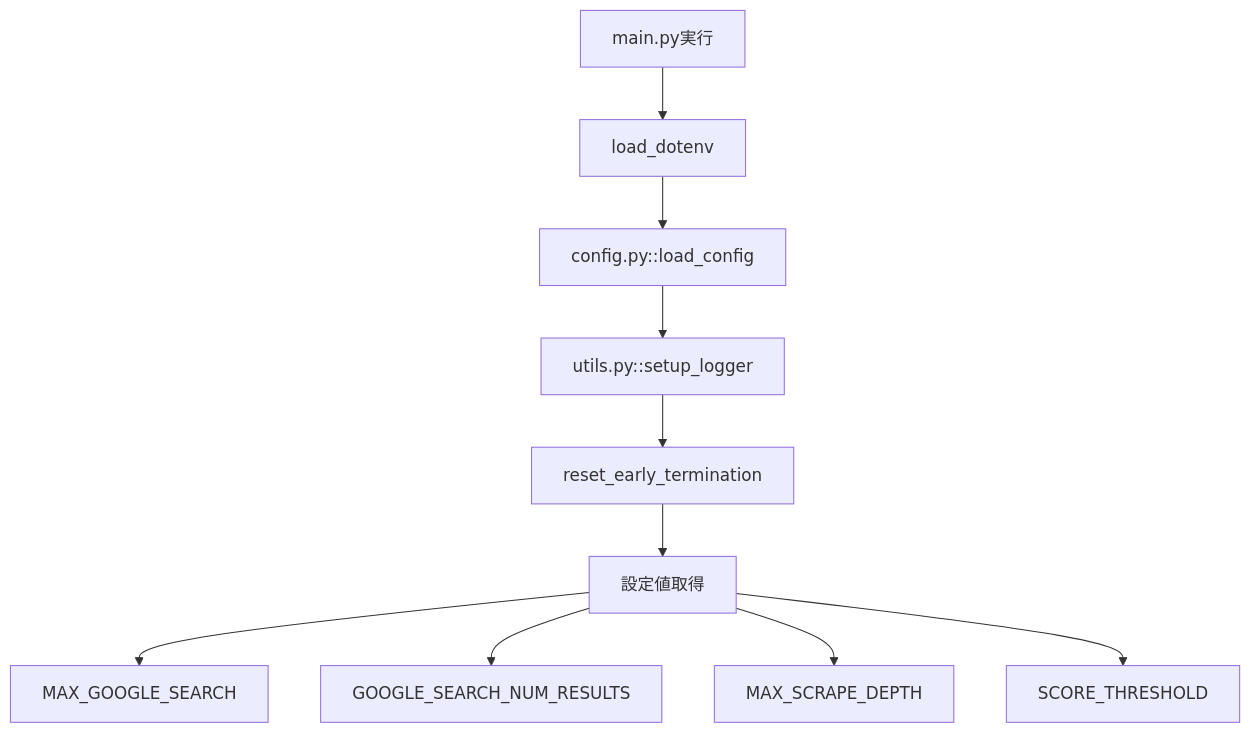
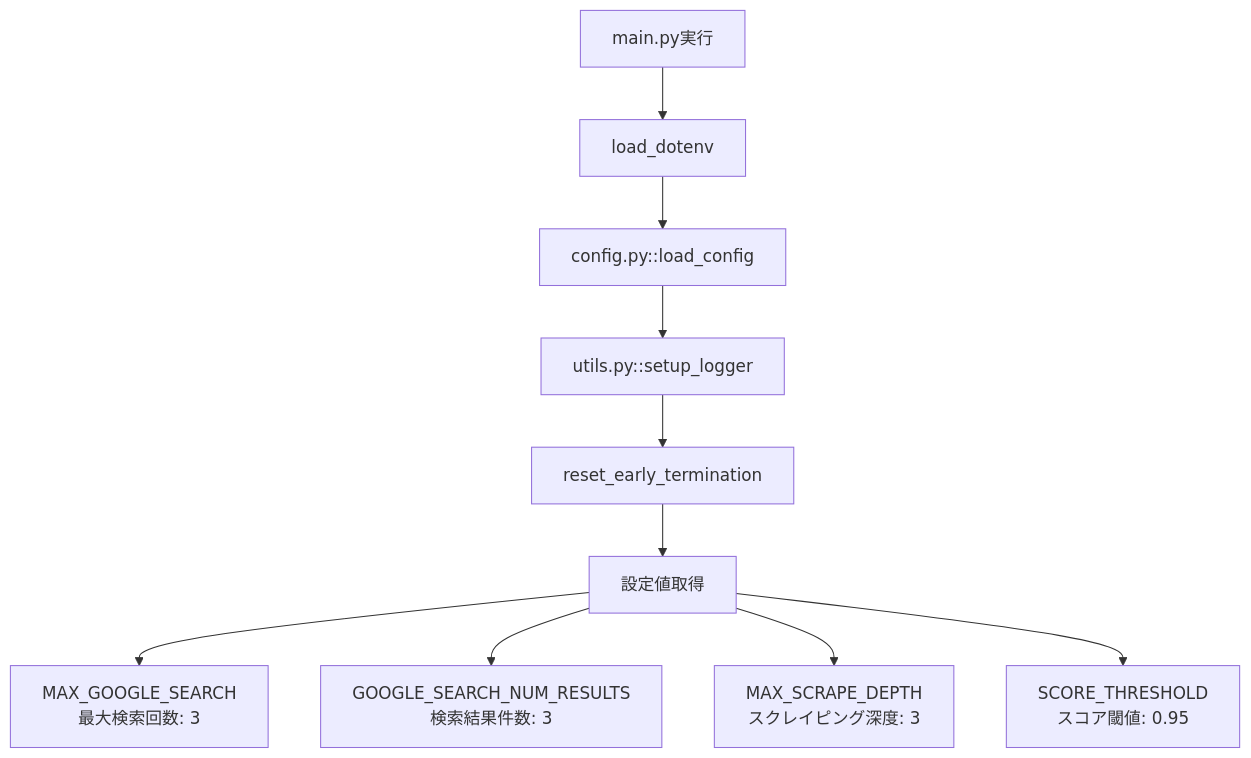
The second of 16 diagrams in フロー.md (mkuwan/check_company_with_web), drawn with Mermaid before and after one commit. The commit also changed other lines of this file and 4 other files, not shown here.

````diff
--- a/フロー.md
+++ b/フロー.md
@@ -106,13 +144,16 @@
 ```mermaid
 graph TD
+    %% システム起動フェーズ
     A[main.py実行] --> B[load_dotenv]
     B --> C[config.py::load_config]
     C --> D[utils.py::setup_logger]
     D --> E[reset_early_termination]
     E --> F[設定値取得]
     
-    F --> F1[MAX_GOOGLE_SEARCH]
-    F --> F2[GOOGLE_SEARCH_NUM_RESULTS]
-    F --> F3[MAX_SCRAPE_DEPTH]
-    F --> F4[SCORE_THRESHOLD]
+    %% 設定値の詳細取得
+    F --> F1[MAX_GOOGLE_SEARCH<br/>最大検索回数: 3]
+    F --> F2[GOOGLE_SEARCH_NUM_RESULTS<br/>検索結果件数: 3]
+    F --> F3[MAX_SCRAPE_DEPTH<br/>スクレイピング深度: 3]
+    F --> F4[SCORE_THRESHOLD<br/>スコア閾値: 0.95]
+    
 ```
````
